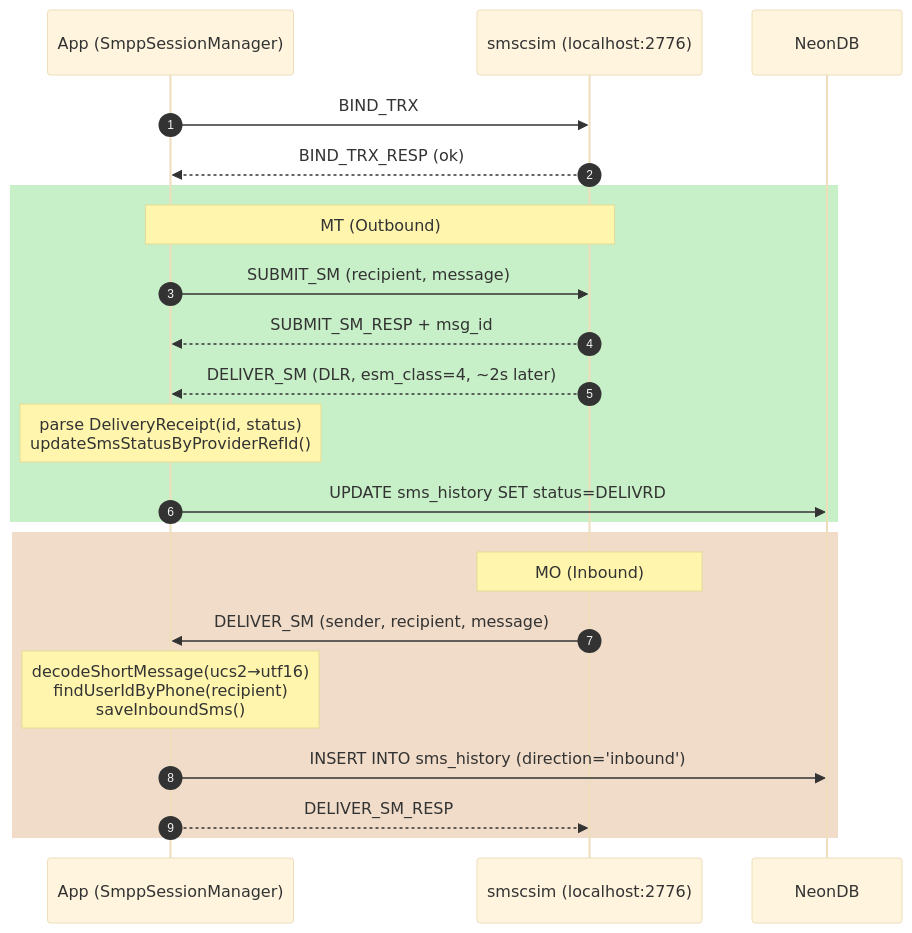
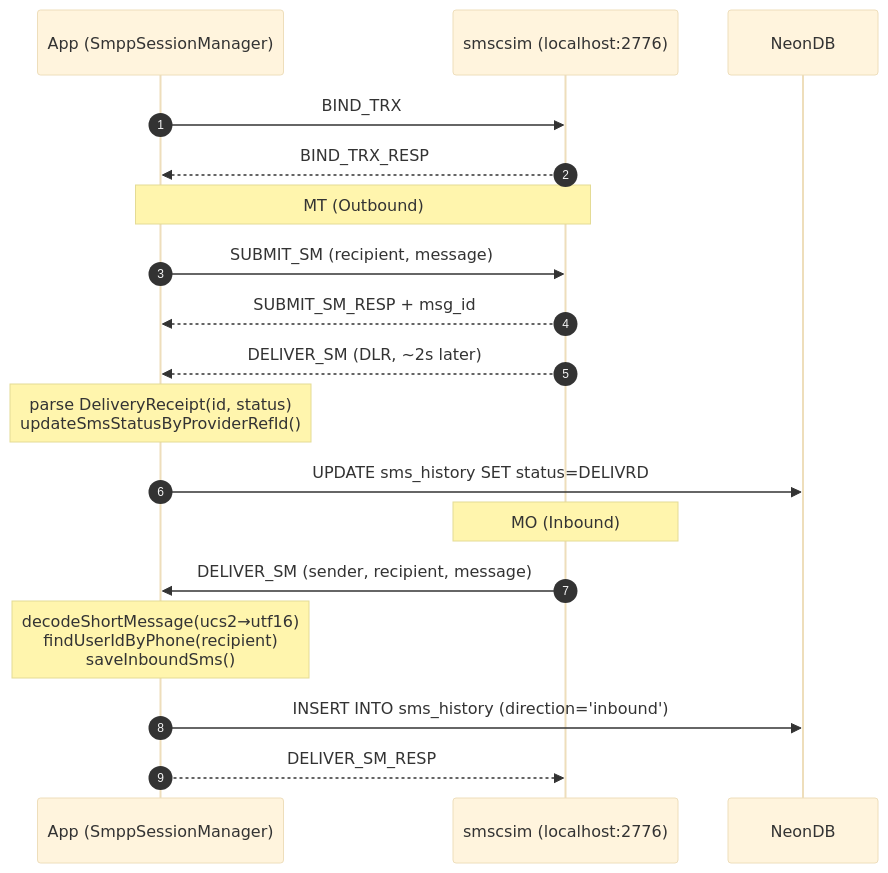
The first of 2 diagrams in README.md (Mahmoud0ssama/Twilio-SMS-Client), drawn with Mermaid (base theme) before and after one commit.

Commit message:
Fix Mermaid sequence diagrams — restore autonumber, full labels, parenthesized aliases

````diff
--- a/README.md
+++ b/README.md
@@ -106,27 +106,23 @@
 ```mermaid
 sequenceDiagram
     autonumber
     participant App as App (SmppSessionManager)
     participant SMSC as smscsim (localhost:2776)
     participant DB as NeonDB
 
     App->>SMSC: BIND_TRX
-    SMSC-->>App: BIND_TRX_RESP (ok)
+    SMSC-->>App: BIND_TRX_RESP
 
-    rect rgb(200, 240, 200)
     Note over App,SMSC: MT (Outbound)
     App->>SMSC: SUBMIT_SM (recipient, message)
     SMSC-->>App: SUBMIT_SM_RESP + msg_id
-    SMSC-->>App: DELIVER_SM (DLR, esm_class=4, ~2s later)
+    SMSC-->>App: DELIVER_SM (DLR, ~2s later)
     Note over App: parse DeliveryReceipt(id, status)<br/>updateSmsStatusByProviderRefId()
     App->>DB: UPDATE sms_history SET status=DELIVRD
-    end
 
-    rect rgb(240, 220, 200)
     Note over SMSC: MO (Inbound)
     SMSC->>App: DELIVER_SM (sender, recipient, message)
     Note over App: decodeShortMessage(ucs2→utf16)<br/>findUserIdByPhone(recipient)<br/>saveInboundSms()
     App->>DB: INSERT INTO sms_history (direction='inbound')
     App-->>SMSC: DELIVER_SM_RESP
-    end
 ```
````
